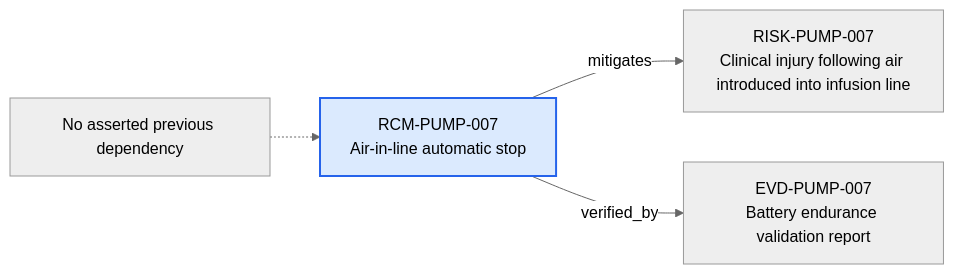
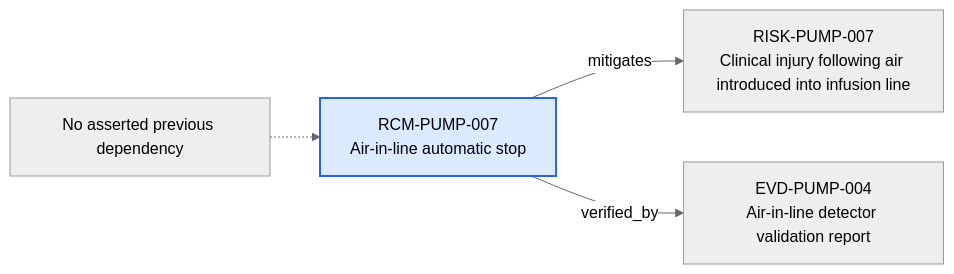
Before and after one commit to mvattulainen/mdrontology: the diagram in content/06-Infpump FlowGuard ontology notes/risk-control-measure/RCM-PUMP-007-air-in-line-automatic-stop.md, drawn with Mermaid (neutral theme). The commit also changed other lines of this file and 321 other files, not shown here.

Commit message:
Implement Mermaid ontology audit findings

````diff
--- a/content/06-Infpump FlowGuard ontology notes/risk-control-measure/RCM-PUMP-007-air-in-line-automatic-stop.md
+++ b/content/06-Infpump FlowGuard ontology notes/risk-control-measure/RCM-PUMP-007-air-in-line-automatic-stop.md
@@ -75,12 +77,12 @@
 ```mermaid
 flowchart LR
   CURRENT["RCM-PUMP-007<br/>Air-in-line automatic stop"]
   PREV_NONE["No asserted previous dependency"]
   PREV_NONE -.-> CURRENT
   NEXT0["RISK-PUMP-007<br/>Clinical injury following air introduced into infusion line"]
   CURRENT -->|"mitigates"| NEXT0
-  NEXT1["EVD-PUMP-007<br/>Battery endurance validation report"]
+  NEXT1["EVD-PUMP-004<br/>Air-in-line detector validation report"]
   CURRENT -->|"verified_by"| NEXT1
   classDef current fill:#dbeafe,stroke:#2563eb,stroke-width:2px
   class CURRENT current
 ```
````
